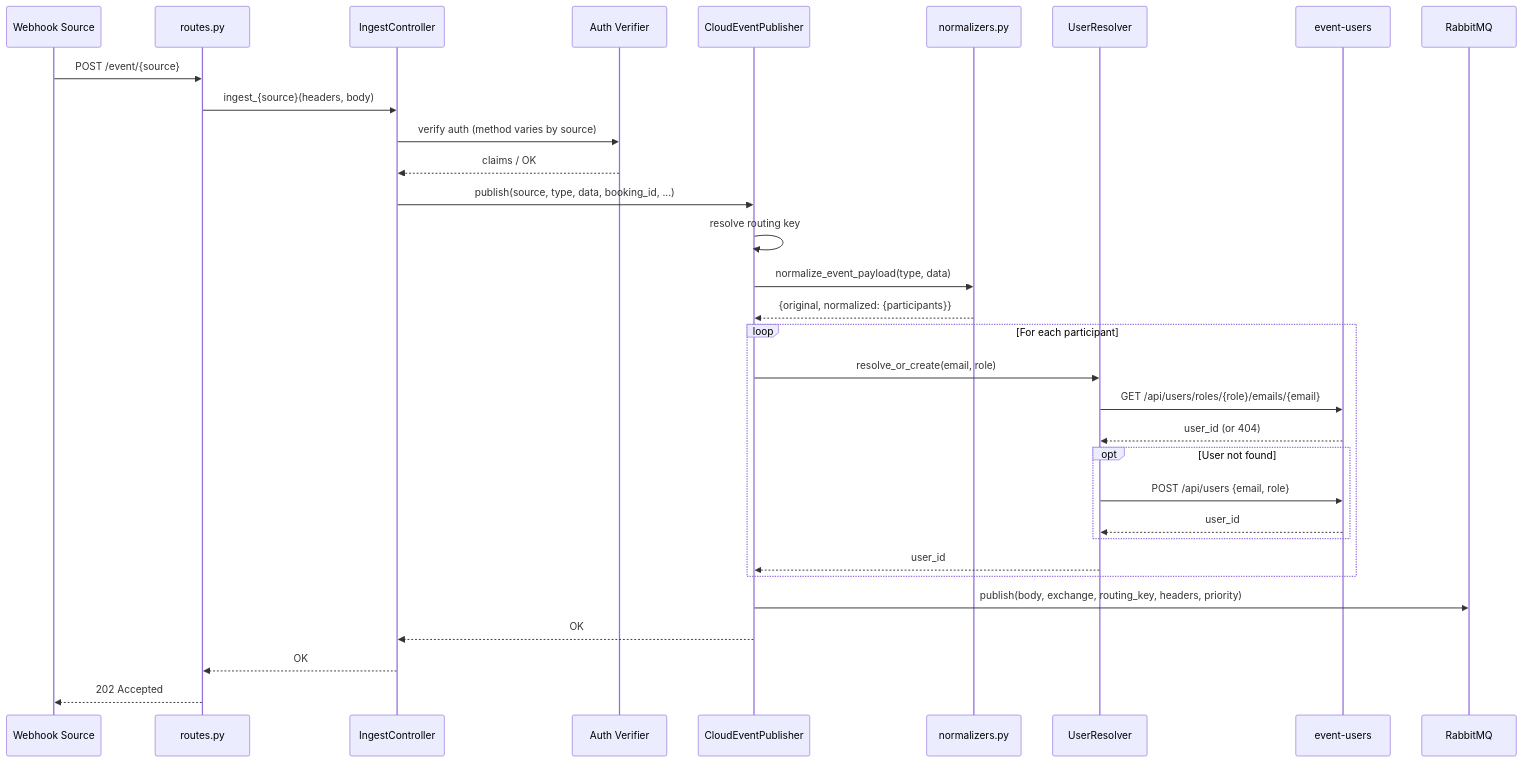
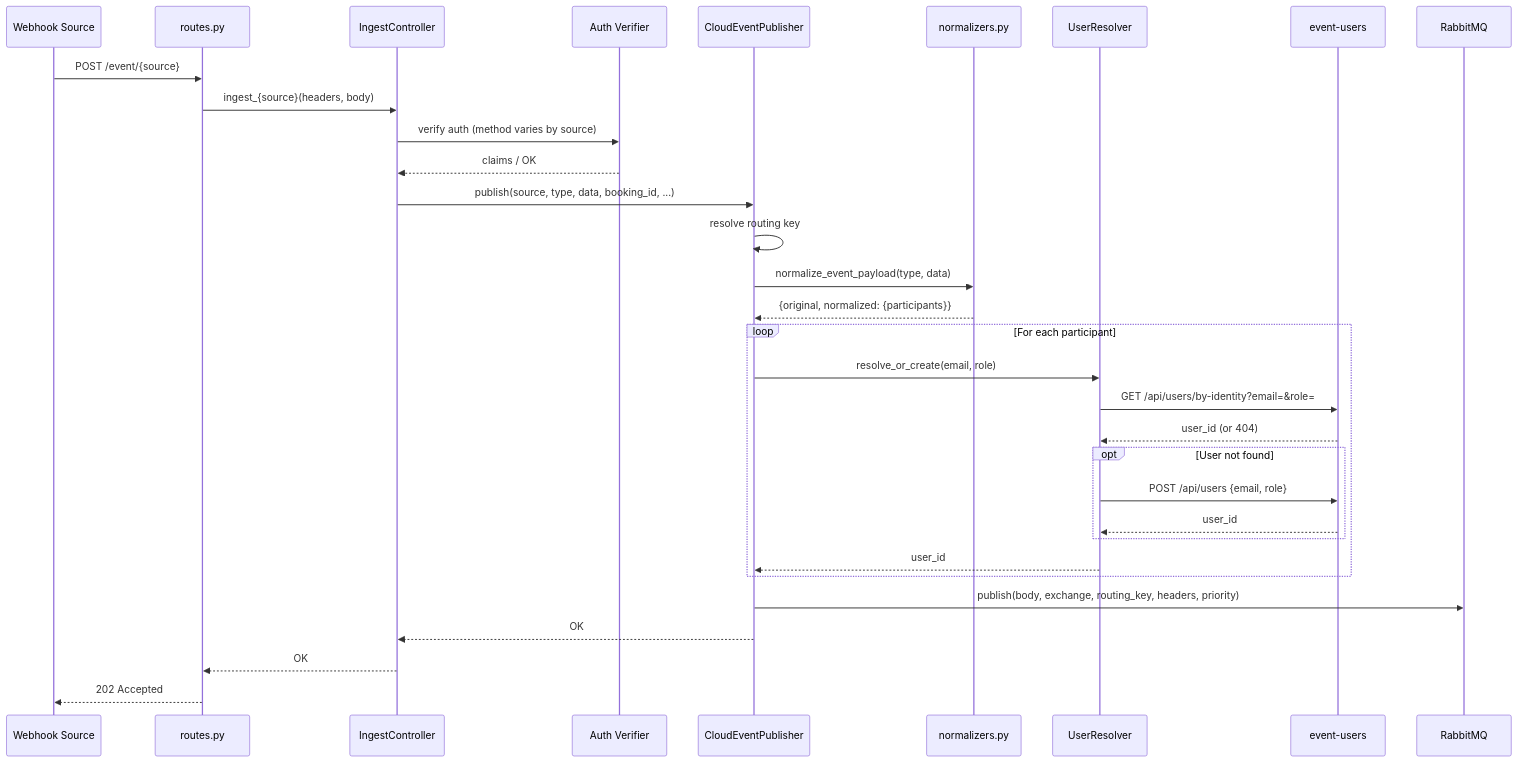
Before and after one commit to Lelikov/event-manager: the diagram in docs/API_CONTRACTS.md, drawn with Mermaid. The commit also changed 3 other files, not shown here.

First line of the commit message:
refactor(users-client): migrate user lookup to GET /api/users/by-identity

````diff
--- a/docs/API_CONTRACTS.md
+++ b/docs/API_CONTRACTS.md
@@ -267,35 +267,35 @@
 ```mermaid
 sequenceDiagram
     participant Client as Webhook Source
     participant Routes as routes.py
     participant Controller as IngestController
     participant Security as Auth Verifier
     participant Publisher as CloudEventPublisher
     participant Normalizer as normalizers.py
     participant UserResolver as UserResolver
     participant EventUsers as event-users
     participant RabbitMQ as RabbitMQ
 
     Client->>Routes: POST /event/{source}
     Routes->>Controller: ingest_{source}(headers, body)
     Controller->>Security: verify auth (method varies by source)
     Security-->>Controller: claims / OK
     Controller->>Publisher: publish(source, type, data, booking_id, ...)
     Publisher->>Publisher: resolve routing key
     Publisher->>Normalizer: normalize_event_payload(type, data)
     Normalizer-->>Publisher: {original, normalized: {participants}}
     loop For each participant
         Publisher->>UserResolver: resolve_or_create(email, role)
-        UserResolver->>EventUsers: GET /api/users/roles/{role}/emails/{email}
+        UserResolver->>EventUsers: GET /api/users/by-identity?email=&role=
         EventUsers-->>UserResolver: user_id (or 404)
         opt User not found
             UserResolver->>EventUsers: POST /api/users {email, role}
             EventUsers-->>UserResolver: user_id
         end
         UserResolver-->>Publisher: user_id
     end
     Publisher->>RabbitMQ: publish(body, exchange, routing_key, headers, priority)
     Publisher-->>Controller: OK
     Controller-->>Routes: OK
     Routes-->>Client: 202 Accepted
 ```
````
